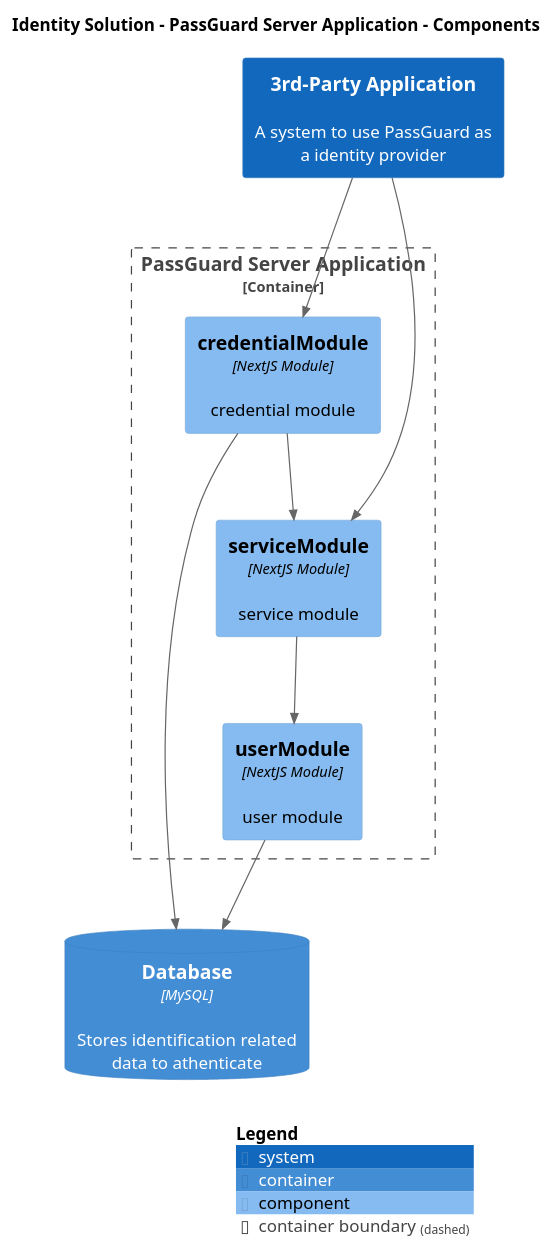
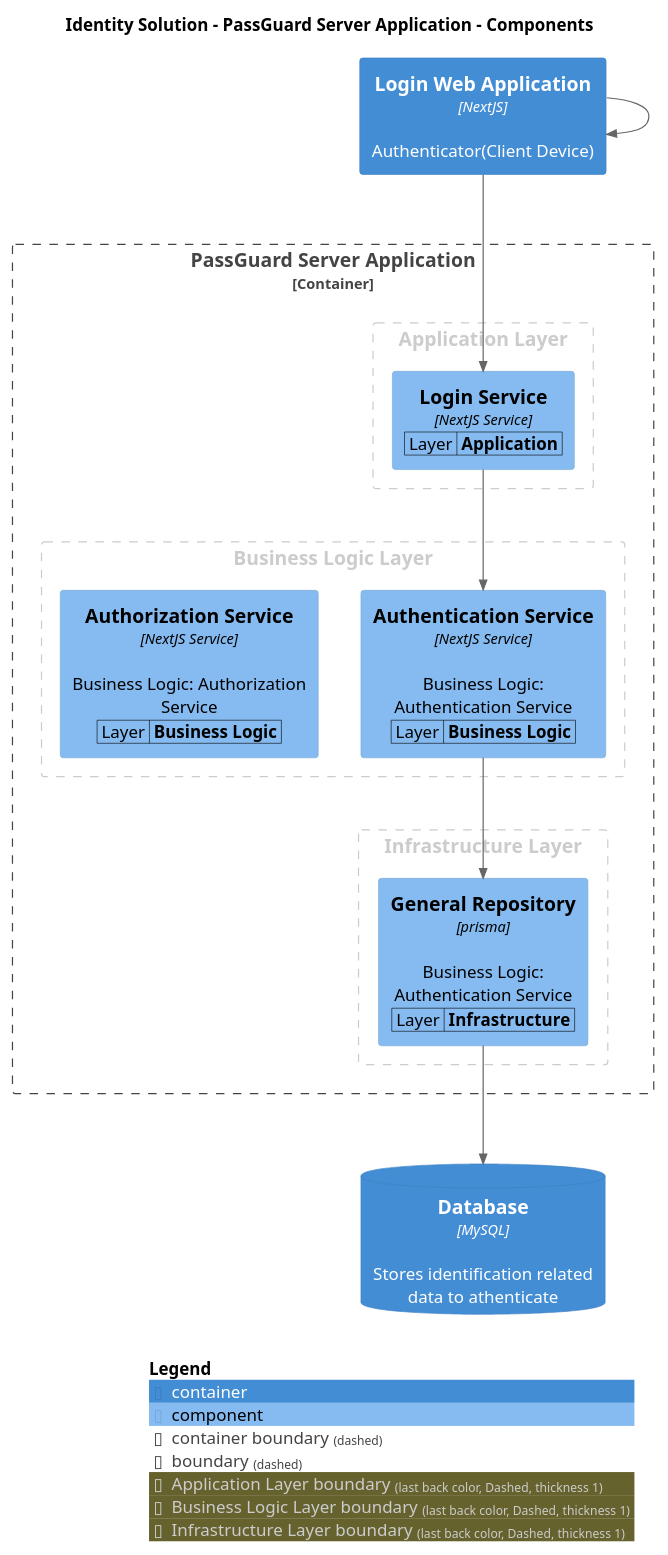
One commit to IntellectusCorp/passguard-docs changed the diagram in master/puml/ServerComponentVeiw.puml. Above: the diagram before and after it, drawn with PlantUML. The commit also changed 27 other files, not shown here.

```diff
--- a/master/puml/ServerComponentVeiw.puml
+++ b/master/puml/ServerComponentVeiw.puml
@@ -1,29 +1,49 @@
 @startuml
 set separator none
 title Identity Solution - PassGuard Server Application - Components
 
 top to bottom direction
 
 !include <C4/C4>
 !include <C4/C4_Context>
 !include <C4/C4_Container>
 !include <C4/C4_Component>
 
-System(3rdPartyApplication, "3rd-Party Application", $descr="A system to use PassGuard as a identity provider", $tags="", $link="")
+Container(IdentitySolution.LoginWebApplication, "Login Web Application", $techn="NextJS", $descr="Authenticator(Client Device)", $tags="", $link="")
 ContainerDb(IdentitySolution.Database, "Database", $techn="MySQL", $descr="Stores identification related data to athenticate", $tags="", $link="")
 
 Container_Boundary("IdentitySolution.PassGuardServerApplication_boundary", "PassGuard Server Application", $tags="") {
-  Component(IdentitySolution.PassGuardServerApplication.credentialModule, "credentialModule", $techn="NextJS Module", $descr="credential module", $tags="", $link="")
-  Component(IdentitySolution.PassGuardServerApplication.serviceModule, "serviceModule", $techn="NextJS Module", $descr="service module", $tags="", $link="")
-  Component(IdentitySolution.PassGuardServerApplication.userModule, "userModule", $techn="NextJS Module", $descr="user module", $tags="", $link="")
+  AddBoundaryTag("Application Layer", $borderColor="#cccccc", $fontColor="#cccccc", $borderStyle="Dashed", $borderThickness="1")
+  Boundary(group_1, "Application Layer", $tags="Application Layer") {
+    WithoutPropertyHeader()
+    AddProperty("Layer","Application")
+    Component(IdentitySolution.PassGuardServerApplication.LoginService, "Login Service", $techn="NextJS Service", $descr="", $tags="", $link="")
+  }
+
+  AddBoundaryTag("Business Logic Layer", $borderColor="#cccccc", $fontColor="#cccccc", $borderStyle="Dashed", $borderThickness="1")
+  Boundary(group_2, "Business Logic Layer", $tags="Business Logic Layer") {
+    WithoutPropertyHeader()
+    AddProperty("Layer","Business Logic")
+    Component(IdentitySolution.PassGuardServerApplication.AuthenticationService, "Authentication Service", $techn="NextJS Service", $descr="Business Logic: Authentication Service", $tags="", $link="")
+    WithoutPropertyHeader()
+    AddProperty("Layer","Business Logic")
+    Component(IdentitySolution.PassGuardServerApplication.AuthorizationService, "Authorization Service", $techn="NextJS Service", $descr="Business Logic: Authorization Service", $tags="", $link="")
+  }
+
+  AddBoundaryTag("Infrastructure Layer", $borderColor="#cccccc", $fontColor="#cccccc", $borderStyle="Dashed", $borderThickness="1")
+  Boundary(group_3, "Infrastructure Layer", $tags="Infrastructure Layer") {
+    WithoutPropertyHeader()
+    AddProperty("Layer","Infrastructure")
+    Component(IdentitySolution.PassGuardServerApplication.GeneralRepository, "General Repository", $techn="prisma", $descr="Business Logic: Authentication Service", $tags="", $link="")
+  }
+
 }
 
-Rel(3rdPartyApplication, IdentitySolution.PassGuardServerApplication.serviceModule, "", $techn="", $tags="", $link="")
-Rel(3rdPartyApplication, IdentitySolution.PassGuardServerApplication.credentialModule, "", $techn="", $tags="", $link="")
-Rel(IdentitySolution.PassGuardServerApplication.credentialModule, IdentitySolution.PassGuardServerApplication.serviceModule, "", $techn="", $tags="", $link="")
-Rel(IdentitySolution.PassGuardServerApplication.serviceModule, IdentitySolution.PassGuardServerApplication.userModule, "", $techn="", $tags="", $link="")
-Rel(IdentitySolution.PassGuardServerApplication.userModule, IdentitySolution.Database, "", $techn="", $tags="", $link="")
-Rel(IdentitySolution.PassGuardServerApplication.credentialModule, IdentitySolution.Database, "", $techn="", $tags="", $link="")
+Rel(IdentitySolution.LoginWebApplication, IdentitySolution.LoginWebApplication, "", $techn="", $tags="", $link="")
+Rel(IdentitySolution.PassGuardServerApplication.LoginService, IdentitySolution.PassGuardServerApplication.AuthenticationService, "", $techn="", $tags="", $link="")
+Rel(IdentitySolution.PassGuardServerApplication.AuthenticationService, IdentitySolution.PassGuardServerApplication.GeneralRepository, "", $techn="", $tags="", $link="")
+Rel(IdentitySolution.LoginWebApplication, IdentitySolution.PassGuardServerApplication.LoginService, "", $techn="", $tags="", $link="")
+Rel(IdentitySolution.PassGuardServerApplication.GeneralRepository, IdentitySolution.Database, "", $techn="", $tags="", $link="")
 
 SHOW_LEGEND(true)
 @enduml
```
